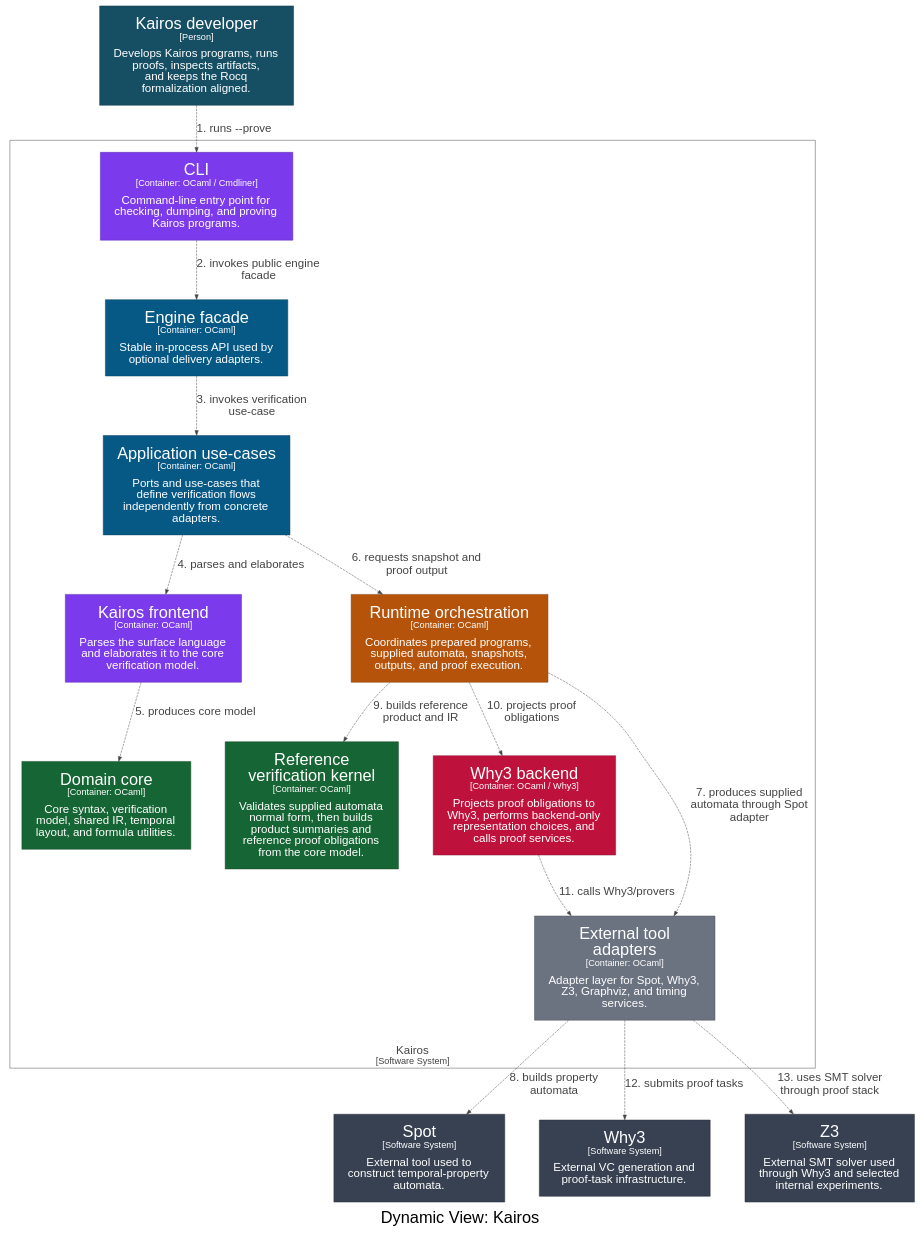
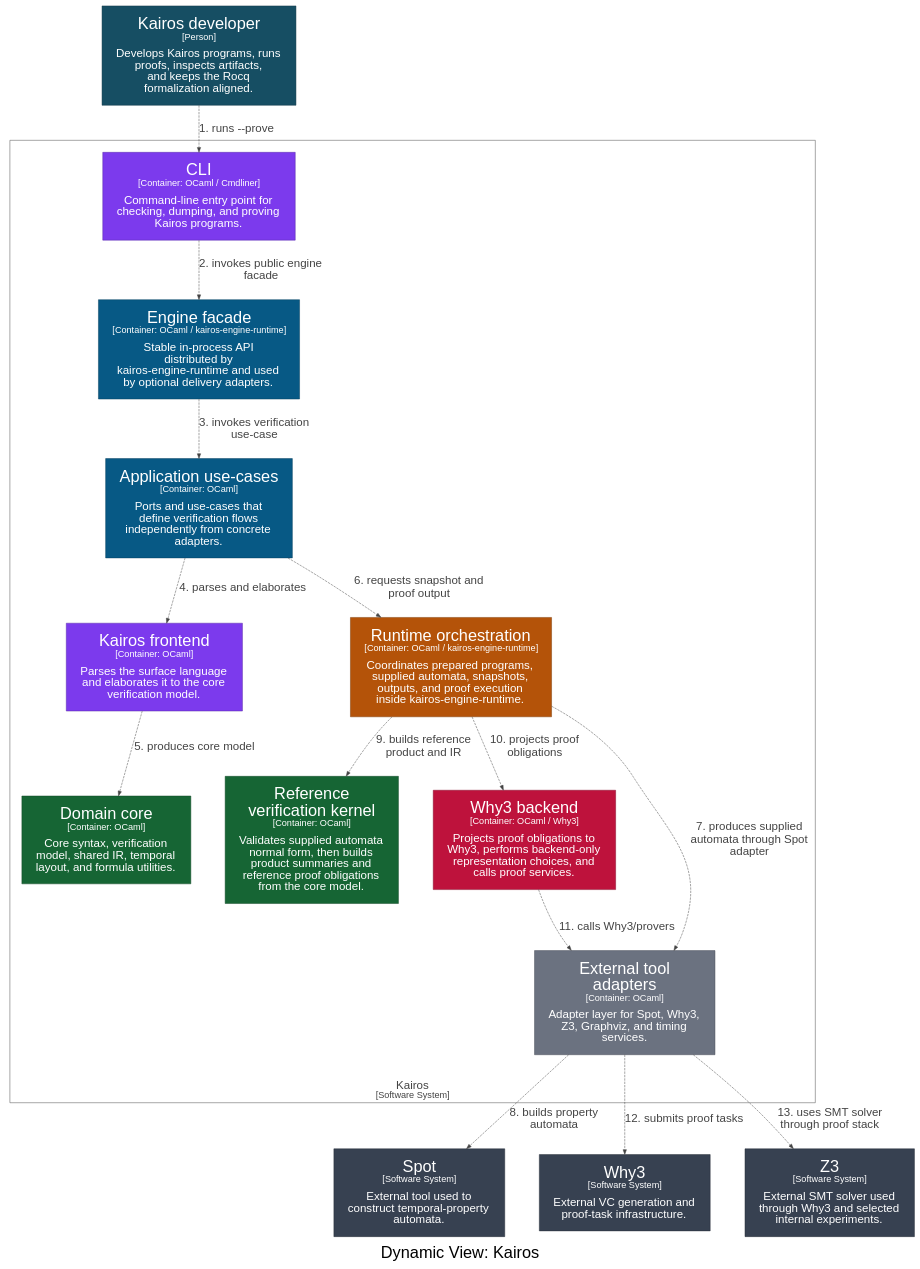
Before and after one commit to DabrowskiFr/Kairos: the diagram in docs/architecture/structurizr/export/dot/structurizr-kairos-prove-flow.dot, drawn with Graphviz. The commit also changed 50 other files, not shown here.

Commit message:
Extract concrete engine runtime package

```diff
--- a/docs/architecture/structurizr/export/dot/structurizr-kairos-prove-flow.dot
+++ b/docs/architecture/structurizr/export/dot/structurizr-kairos-prove-flow.dot
@@ -1,46 +1,46 @@
 digraph {
   compound=true
   graph [fontname="Arial", rankdir=TB, ranksep=1.0, nodesep=1.0]
   node [fontname="Arial", shape=box, margin="0.4,0.3"]
   edge [fontname="Arial"]
   label=<<br /><font point-size="34">Dynamic View: Kairos</font>>
 
   subgraph cluster_7 {
     margin=25
     label=<<font point-size="24"><br />Kairos</font><br /><font point-size="19">[Software System]</font>>
     labelloc=b
     color="#444444"
     fontcolor="#444444"
     fillcolor="#444444"
 
-    10 [id=10,shape=rect, label=<<font point-size="34">Engine facade</font><br /><font point-size="19">[Container: OCaml]</font><br /><br /><font point-size="24">Stable in-process API used by<br />optional delivery adapters.</font>>, style=filled, color="#043e5d", fillcolor="#075985", fontcolor="#ffffff"]
+    10 [id=10,shape=rect, label=<<font point-size="34">Engine facade</font><br /><font point-size="19">[Container: OCaml / kairos-engine-runtime]</font><br /><br /><font point-size="24">Stable in-process API<br />distributed by<br />kairos-engine-runtime and used<br />by optional delivery adapters.</font>>, style=filled, color="#043e5d", fillcolor="#075985", fontcolor="#ffffff"]
     11 [id=11,shape=rect, label=<<font point-size="34">Kairos frontend</font><br /><font point-size="19">[Container: OCaml]</font><br /><br /><font point-size="24">Parses the surface language<br />and elaborates it to the core<br />verification model.</font>>, style=filled, color="#5628a5", fillcolor="#7c3aed", fontcolor="#ffffff"]
     12 [id=12,shape=rect, label=<<font point-size="34">Application use-cases</font><br /><font point-size="19">[Container: OCaml]</font><br /><br /><font point-size="24">Ports and use-cases that<br />define verification flows<br />independently from concrete<br />adapters.</font>>, style=filled, color="#043e5d", fillcolor="#075985", fontcolor="#ffffff"]
     13 [id=13,shape=rect, label=<<font point-size="34">Domain core</font><br /><font point-size="19">[Container: OCaml]</font><br /><br /><font point-size="24">Core syntax, verification<br />model, shared IR, temporal<br />layout, and formula utilities.</font>>, style=filled, color="#0f4624", fillcolor="#166534", fontcolor="#ffffff"]
     14 [id=14,shape=rect, label=<<font point-size="34">Reference<br />verification kernel</font><br /><font point-size="19">[Container: OCaml]</font><br /><br /><font point-size="24">Validates supplied automata<br />normal form, then builds<br />product summaries and<br />reference proof obligations<br />from the core model.</font>>, style=filled, color="#0f4624", fillcolor="#166534", fontcolor="#ffffff"]
-    22 [id=22,shape=rect, label=<<font point-size="34">Runtime orchestration</font><br /><font point-size="19">[Container: OCaml]</font><br /><br /><font point-size="24">Coordinates prepared programs,<br />supplied automata, snapshots,<br />outputs, and proof execution.</font>>, style=filled, color="#7d3a06", fillcolor="#b45309", fontcolor="#ffffff"]
+    22 [id=22,shape=rect, label=<<font point-size="34">Runtime orchestration</font><br /><font point-size="19">[Container: OCaml / kairos-engine-runtime]</font><br /><br /><font point-size="24">Coordinates prepared programs,<br />supplied automata, snapshots,<br />outputs, and proof execution<br />inside kairos-engine-runtime.</font>>, style=filled, color="#7d3a06", fillcolor="#b45309", fontcolor="#ffffff"]
     28 [id=28,shape=rect, label=<<font point-size="34">Why3 backend</font><br /><font point-size="19">[Container: OCaml / Why3]</font><br /><br /><font point-size="24">Projects proof obligations to<br />Why3, performs backend-only<br />representation choices, and<br />calls proof services.</font>>, style=filled, color="#850c2a", fillcolor="#be123c", fontcolor="#ffffff"]
     31 [id=31,shape=rect, label=<<font point-size="34">External tool<br />adapters</font><br /><font point-size="19">[Container: OCaml]</font><br /><br /><font point-size="24">Adapter layer for Spot, Why3,<br />Z3, Graphviz, and timing<br />services.</font>>, style=filled, color="#4a4f59", fillcolor="#6b7280", fontcolor="#ffffff"]
     8 [id=8,shape=rect, label=<<font point-size="34">CLI</font><br /><font point-size="19">[Container: OCaml / Cmdliner]</font><br /><br /><font point-size="24">Command-line entry point for<br />checking, dumping, and proving<br />Kairos programs.</font>>, style=filled, color="#5628a5", fillcolor="#7c3aed", fontcolor="#ffffff"]
   }
 
   1 [id=1,shape=rect, label=<<font point-size="34">Kairos developer</font><br /><font point-size="19">[Person]</font><br /><br /><font point-size="24">Develops Kairos programs, runs<br />proofs, inspects artifacts,<br />and keeps the Rocq<br />formalization aligned.</font>>, style=filled, color="#0f3645", fillcolor="#164e63", fontcolor="#ffffff"]
   3 [id=3,shape=rect, label=<<font point-size="34">Spot</font><br /><font point-size="19">[Software System]</font><br /><br /><font point-size="24">External tool used to<br />construct temporal-property<br />automata.</font>>, style=filled, color="#262d38", fillcolor="#374151", fontcolor="#ffffff"]
   4 [id=4,shape=rect, label=<<font point-size="34">Why3</font><br /><font point-size="19">[Software System]</font><br /><br /><font point-size="24">External VC generation and<br />proof-task infrastructure.</font>>, style=filled, color="#262d38", fillcolor="#374151", fontcolor="#ffffff"]
   5 [id=5,shape=rect, label=<<font point-size="34">Z3</font><br /><font point-size="19">[Software System]</font><br /><br /><font point-size="24">External SMT solver used<br />through Why3 and selected<br />internal experiments.</font>>, style=filled, color="#262d38", fillcolor="#374151", fontcolor="#ffffff"]
 
   1 -> 8 [id=32, label=<<font point-size="24">1. runs --prove</font>>, style="dashed", color="#444444", fontcolor="#444444"]
   8 -> 10 [id=35, label=<<font point-size="24">2. invokes public engine<br />facade</font>>, style="dashed", color="#444444", fontcolor="#444444"]
   10 -> 12 [id=37, label=<<font point-size="24">3. invokes verification<br />use-case</font>>, style="dashed", color="#444444", fontcolor="#444444"]
   12 -> 11 [id=40, label=<<font point-size="24">4. parses and elaborates</font>>, style="dashed", color="#444444", fontcolor="#444444"]
   11 -> 13 [id=42, label=<<font point-size="24">5. produces core model</font>>, style="dashed", color="#444444", fontcolor="#444444"]
   12 -> 22 [id=41, label=<<font point-size="24">6. requests snapshot and<br />proof output</font>>, style="dashed", color="#444444", fontcolor="#444444"]
   22 -> 31 [id=48, label=<<font point-size="24">7. produces supplied<br />automata through Spot<br />adapter</font>>, style="dashed", color="#444444", fontcolor="#444444"]
   31 -> 3 [id=58, label=<<font point-size="24">8. builds property<br />automata</font>>, style="dashed", color="#444444", fontcolor="#444444"]
   22 -> 14 [id=44, label=<<font point-size="24">9. builds reference<br />product and IR</font>>, style="dashed", color="#444444", fontcolor="#444444"]
   22 -> 28 [id=47, label=<<font point-size="24">10. projects proof<br />obligations</font>>, style="dashed", color="#444444", fontcolor="#444444"]
   28 -> 31 [id=54, label=<<font point-size="24">11. calls Why3/provers</font>>, style="dashed", color="#444444", fontcolor="#444444"]
   31 -> 4 [id=60, label=<<font point-size="24">12. submits proof tasks</font>>, style="dashed", color="#444444", fontcolor="#444444"]
   31 -> 5 [id=62, label=<<font point-size="24">13. uses SMT solver<br />through proof stack</font>>, style="dashed", color="#444444", fontcolor="#444444"]
 
 }
```
